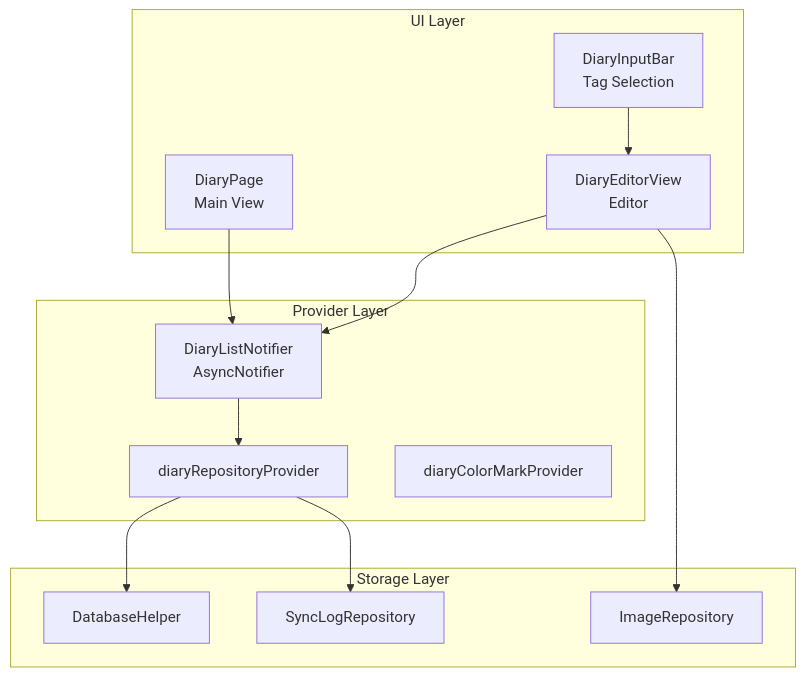
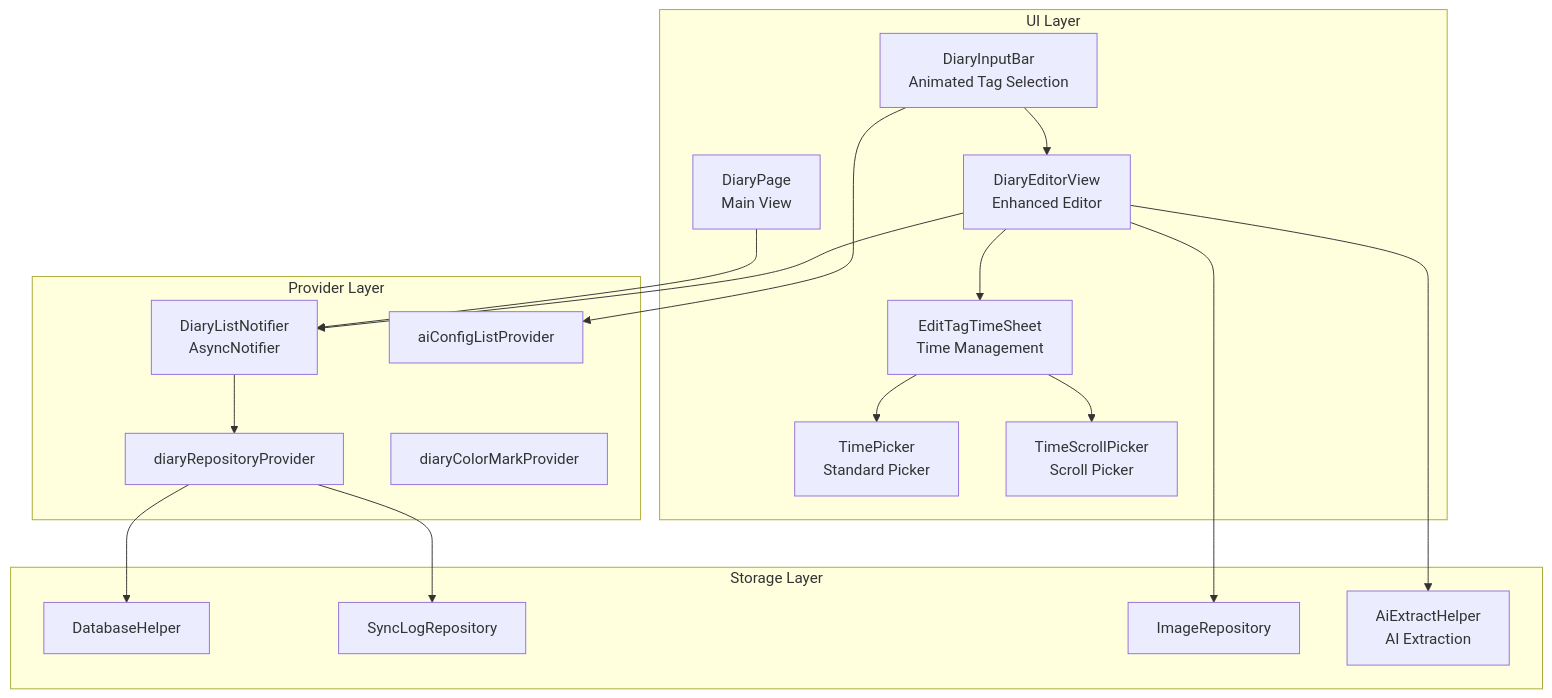
One commit to favoroo/QNote changed the first of 9 diagrams in .qoder/repowiki/en/content/Core Features/Diary Management.md. Above: the diagram before and after it, drawn with Mermaid. The commit also changed other lines of this file and 68 other files, not shown here.

````diff
--- a/.qoder/repowiki/en/content/Core Features/Diary Management.md
+++ b/.qoder/repowiki/en/content/Core Features/Diary Management.md
@@ -47,25 +52,35 @@
 ```mermaid
 graph TB
 subgraph "UI Layer"
 DP["DiaryPage<br/>Main View"]
-DEV["DiaryEditorView<br/>Editor"]
-DIB["DiaryInputBar<br/>Tag Selection"]
+DEV["DiaryEditorView<br/>Enhanced Editor"]
+DIB["DiaryInputBar<br/>Animated Tag Selection"]
+ETTS["EditTagTimeSheet<br/>Time Management"]
+TP["TimePicker<br/>Standard Picker"]
+TSP["TimeScrollPicker<br/>Scroll Picker"]
 end
 subgraph "Provider Layer"
 DLP["DiaryListNotifier<br/>AsyncNotifier"]
 DRP["diaryRepositoryProvider"]
 DCP["diaryColorMarkProvider"]
+AITP["aiConfigListProvider"]
 end
 subgraph "Storage Layer"
 DBH["DatabaseHelper"]
 SLR["SyncLogRepository"]
 IR["ImageRepository"]
+AEH["AiExtractHelper<br/>AI Extraction"]
 end
 DP --> DLP
 DEV --> DLP
 DIB --> DEV
+DEV --> ETTS
+ETTS --> TP
+ETTS --> TSP
 DLP --> DRP
 DRP --> DBH
 DRP --> SLR
 DEV --> IR
+DEV --> AEH
+DIB --> AITP
 ```
````
